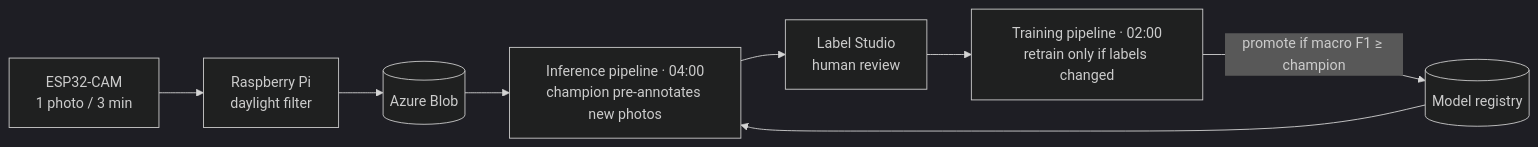
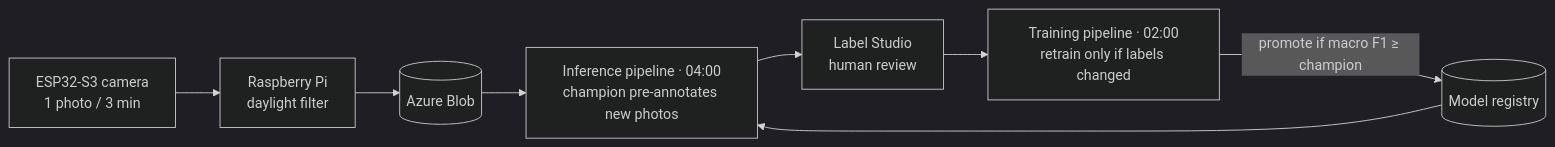
The diagram in README.md (dsantamaria-sudo/ParkWatch), drawn with Mermaid (dark theme) before and after one commit. The commit also changed other lines of this file and 4 other files, not shown here.

First line of the commit message:
README: capture, image processing, labelling, architecture and results

````diff
--- a/README.md
+++ b/README.md
@@ -9,9 +11,9 @@
 ```mermaid
 flowchart LR
-    cam[ESP32-CAM<br/>1 photo / 3 min] --> pi[Raspberry Pi<br/>daylight filter] --> raw[(Azure Blob)]
+    cam[ESP32-S3 camera<br/>1 photo / 3 min] --> pi[Raspberry Pi<br/>daylight filter] --> raw[(Azure Blob)]
     raw --> infer[Inference pipeline · 04:00<br/>champion pre-annotates new photos]
     infer --> ls[Label Studio<br/>human review]
     ls --> train[Training pipeline · 02:00<br/>retrain only if labels changed]
     train -->|promote if macro F1 ≥ champion| registry[(Model registry)]
     registry --> infer
 ```
````
